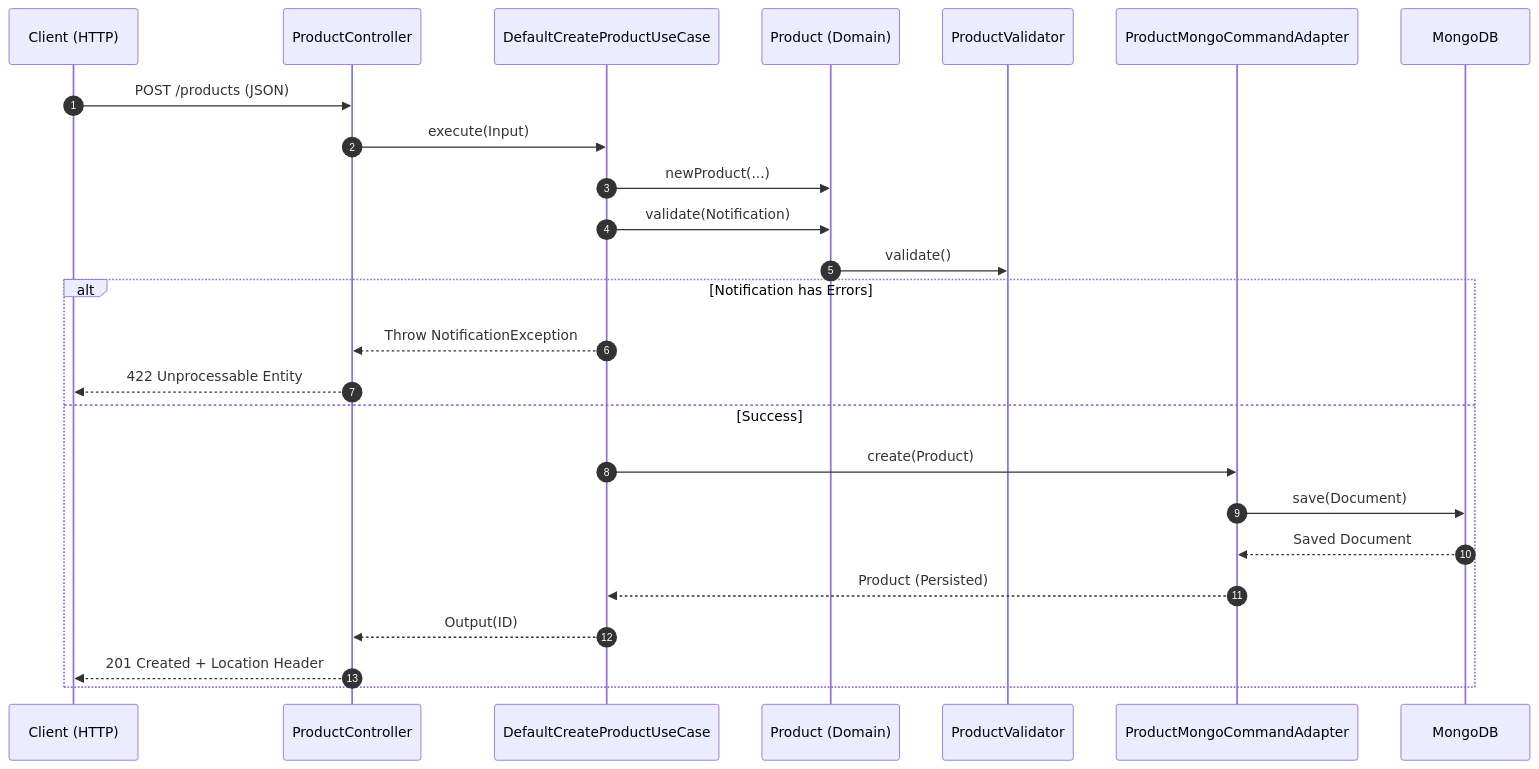
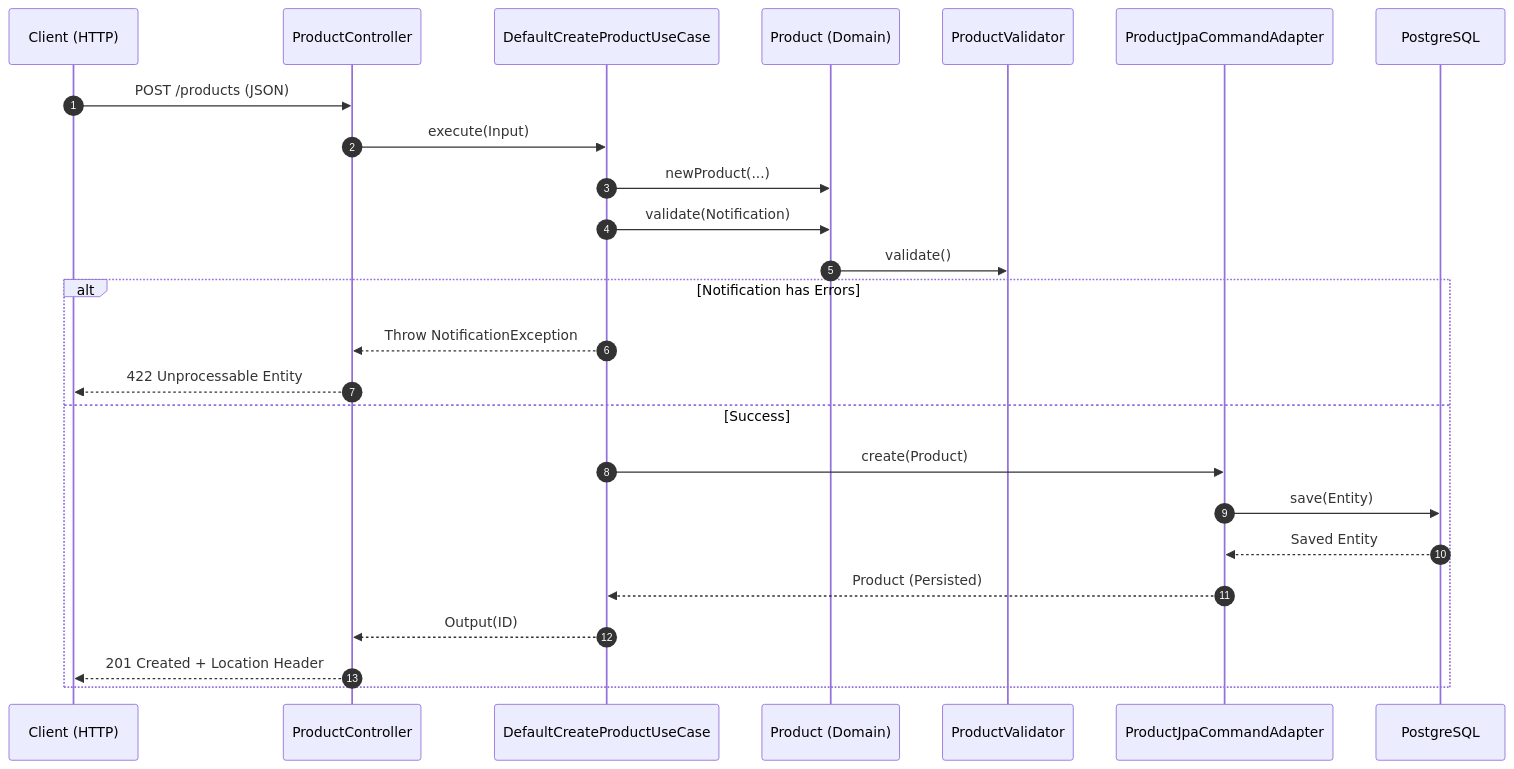
Before and after one commit to wallanpsantos/ms-product-catalog: the fourth of 11 diagrams in README.md, drawn with Mermaid. The commit also changed other lines of this file and 7 other files, not shown here.

First line of the commit message:
docs: atualiza documentação para refletir migração de MongoDB para PostgreSQL

````diff
--- a/README.md
+++ b/README.md
@@ -353,27 +353,27 @@
 ```mermaid
 sequenceDiagram
     autonumber
     participant C as Client (HTTP)
     participant CTRL as ProductController
     participant UC as DefaultCreateProductUseCase
     participant DOM as Product (Domain)
     participant VAL as ProductValidator
-    participant GW as ProductMongoCommandAdapter
-    participant DB as MongoDB
+    participant GW as ProductJpaCommandAdapter
+    participant DB as PostgreSQL
     C ->> CTRL: POST /products (JSON)
     CTRL ->> UC: execute(Input)
     UC ->> DOM: newProduct(...)
     UC ->> DOM: validate(Notification)
     DOM ->> VAL: validate()
     alt Notification has Errors
         UC -->> CTRL: Throw NotificationException
         CTRL -->> C: 422 Unprocessable Entity
     else Success
         UC ->> GW: create(Product)
-        GW ->> DB: save(Document)
-        DB -->> GW: Saved Document
+        GW ->> DB: save(Entity)
+        DB -->> GW: Saved Entity
         GW -->> UC: Product (Persisted)
         UC -->> CTRL: Output(ID)
         CTRL -->> C: 201 Created + Location Header
     end
 ```
````
